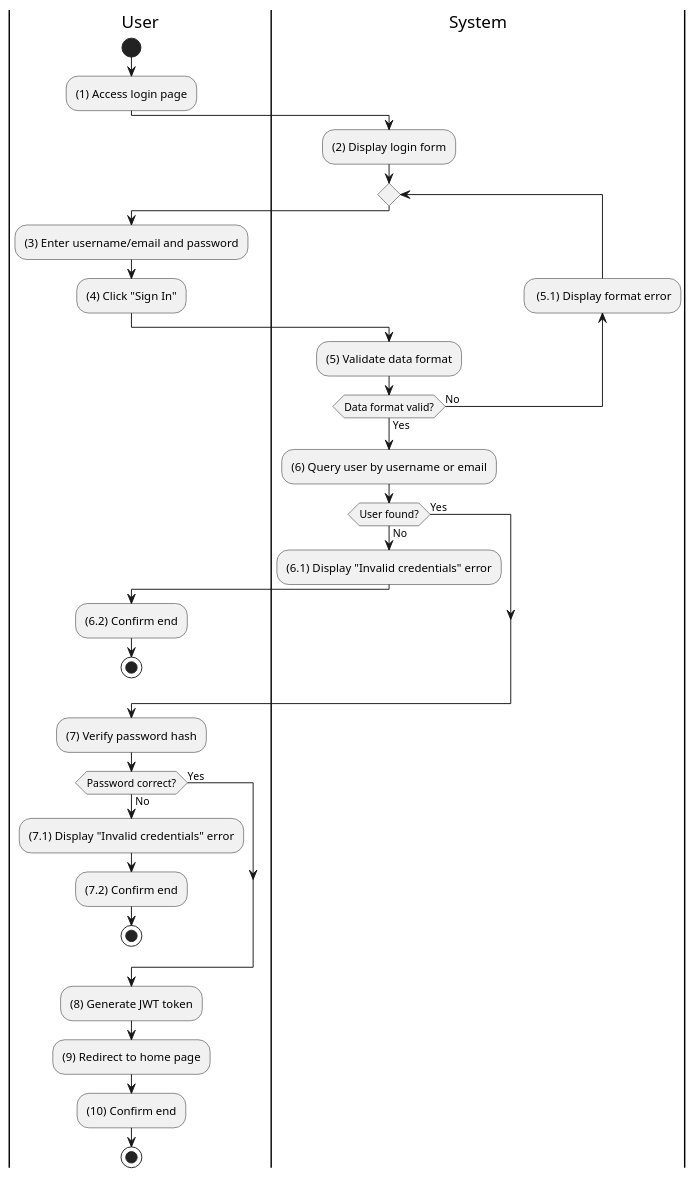
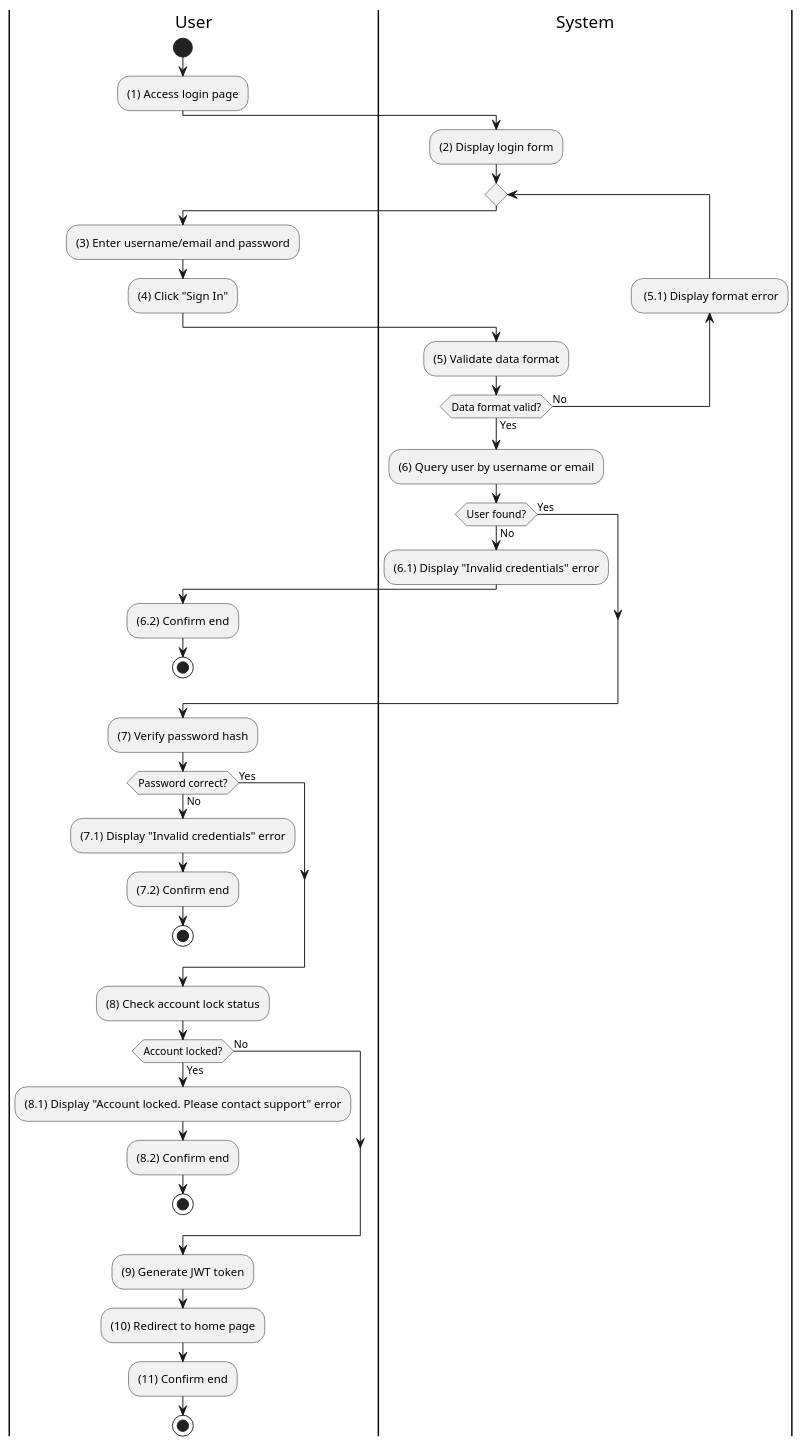
One commit to taskpilot-platform/taskpilot-platform.github.io changed the diagram in docs/docs/activity/auth/login.md. Above: the diagram before and after it, drawn with PlantUML. The commit also changed 17 other files, not shown here.

````diff
--- a/docs/docs/activity/auth/login.md
+++ b/docs/docs/activity/auth/login.md
@@ -3,51 +3,61 @@
 ```plantuml
 @startuml
 |U|User
 |S|System
 
 |U|
 start
 :(1) Access login page;
 
 |S|
 :(2) Display login form;
 
 repeat
   |U|
   :(3) Enter username/email and password;
   :(4) Click "Sign In";
 
   |S|
   :(5) Validate data format;
   backward: (5.1) Display format error;
 repeat while (Data format valid?) is (No) not (Yes)
 
 :(6) Query user by username or email;
 
 if (User found?) then (No)
   :(6.1) Display "Invalid credentials" error;
   |U|
   :(6.2) Confirm end;
   stop
 else (Yes)
 endif
 
 :(7) Verify password hash;
 
 if (Password correct?) then (No)
   :(7.1) Display "Invalid credentials" error;
   |U|
   :(7.2) Confirm end;
   stop
 else (Yes)
 endif
 
-:(8) Generate JWT token;
-:(9) Redirect to home page;
+:(8) Check account lock status;
+
+if (Account locked?) then (Yes)
+  :(8.1) Display "Account locked. Please contact support" error;
+  |U|
+  :(8.2) Confirm end;
+  stop
+else (No)
+endif
+
+:(9) Generate JWT token;
+:(10) Redirect to home page;
 
 |U|
-:(10) Confirm end;
+:(11) Confirm end;
 
 stop
 @enduml
 ```
````
